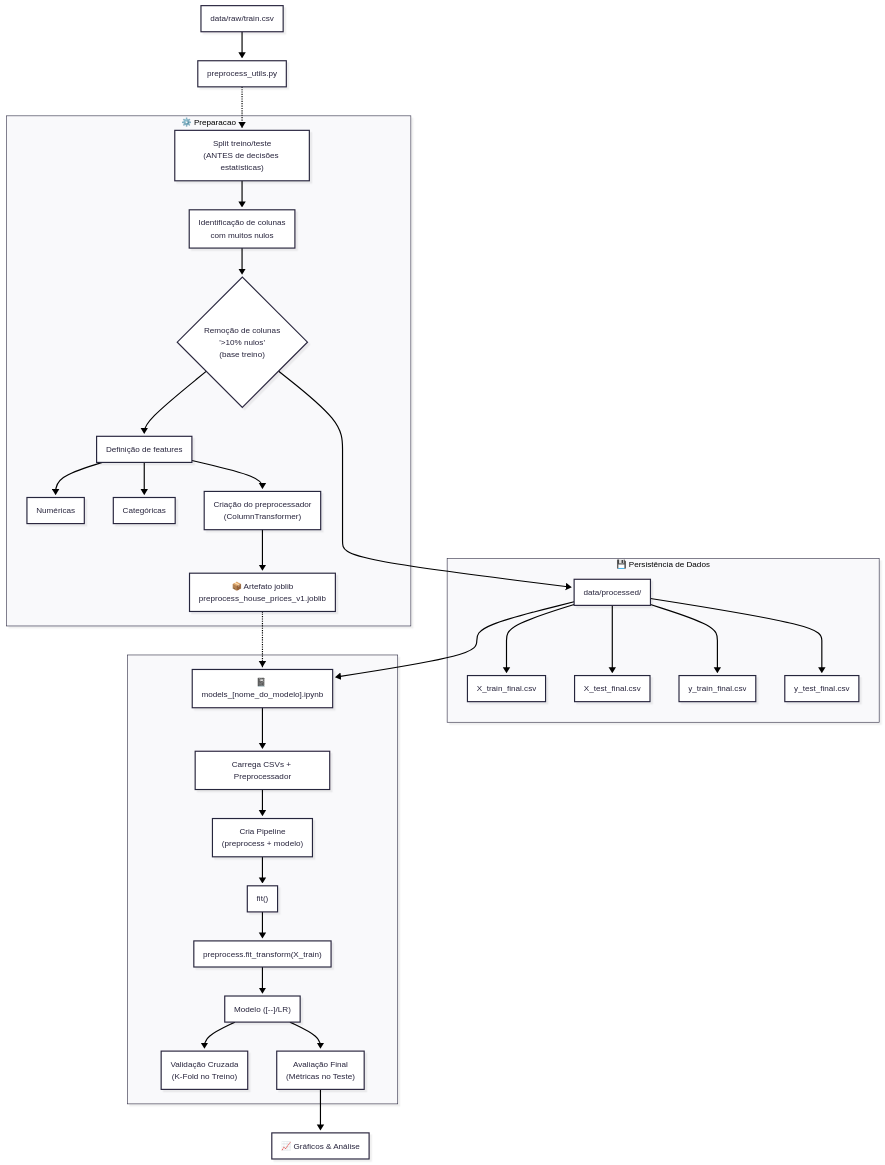
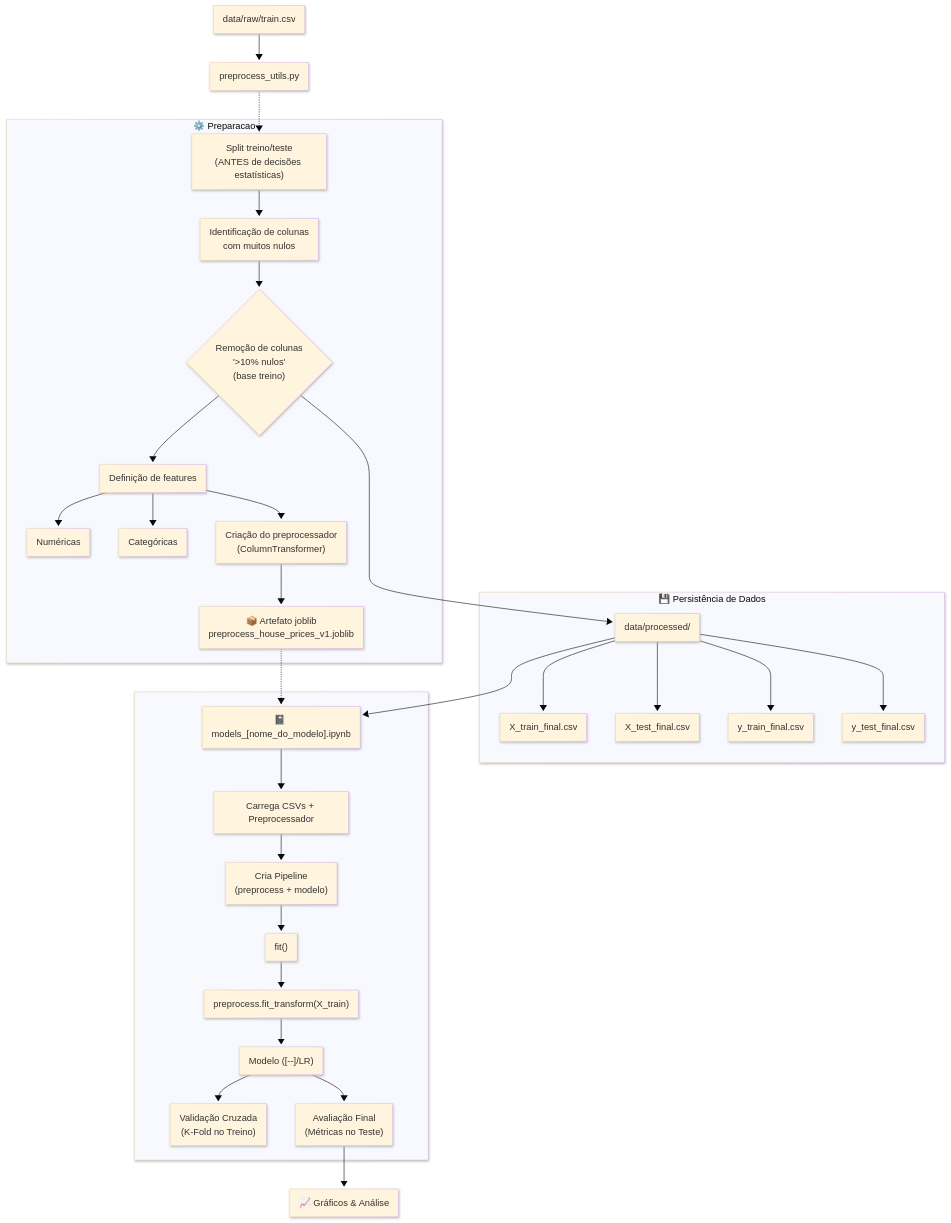
Before and after one commit to albertoakel/Kaggle: the diagram in HousePrices/README.md, drawn with Mermaid.

````diff
--- a/HousePrices/README.md
+++ b/HousePrices/README.md
@@ -99,60 +99,60 @@
 ```mermaid
 ---
 config:
-  theme: redux
+  theme: base
   layout: dagre
   look: neo
 ---
 flowchart TB
  subgraph s1["⚙️ Preparacao"]
         B1["Split treino/teste<br>(ANTES de decisões estatísticas)"]
         B2["Identificação de colunas<br>com muitos nulos"]
         B3@{ label: "Remoção de colunas<br>'&gt;10% nulos'<br>(base treino)" }
         B4["Definição de features"]
         B4a["Numéricas"]
         B4b["Categóricas"]
         B5["Criação do preprocessador<br>(ColumnTransformer)"]
         B6["📦 Artefato joblib<br>preprocess_house_prices_v1.joblib"]
   end
  subgraph Persistencia["💾 Persistência de Dados"]
         C["data/processed/"]
         C1["X_train_final.csv"]
         C2["X_test_final.csv"]
         C3["y_train_final.csv"]
         C4["y_test_final.csv"]
   end
  subgraph Treinamento[" "]
         D["📓 models_[nome_do_modelo].ipynb"]
         D1["Carrega CSVs + Preprocessador"]
         D2["Cria Pipeline<br>(preprocess + modelo)"]
         E["fit()"]
         E1["preprocess.fit_transform(X_train)"]
         F["Modelo ([--]/LR)"]
         G["Validação Cruzada<br>(K-Fold no Treino)"]
         H["Avaliação Final<br>(Métricas no Teste)"]
   end
     A["data/raw/train.csv"] --> B["preprocess_utils.py"]
     B L_B_B1_0@-.-> B1
     B1 --> B2
     B2 --> B3
     B3 --> B4 & C
     B4 --> B4a & B4b & B5
     B5 --> B6
     C --> C1 & C2 & C3 & C4 & D
     B6 -.-> D
     D --> D1
     D1 --> D2
     D2 --> E
     E --> E1
     E1 --> F
     F --> G & H
     H --> I["📈 Gráficos & Análise"]
 
     B3@{ shape: diam}
     classDef fase_prep fill:##f0f0f0,stroke:#f05252,color:#000
     classDef fase_data fill:##f0f0f0,stroke:#0ea5e9,color:#000
     classDef fase_model fill:##f0f0f0,stroke:#22c55e,color:#000
     linkStyle 1 stroke:#000000,fill:none
 
     L_B_B1_0@{ curve: natural }
 ```
````
